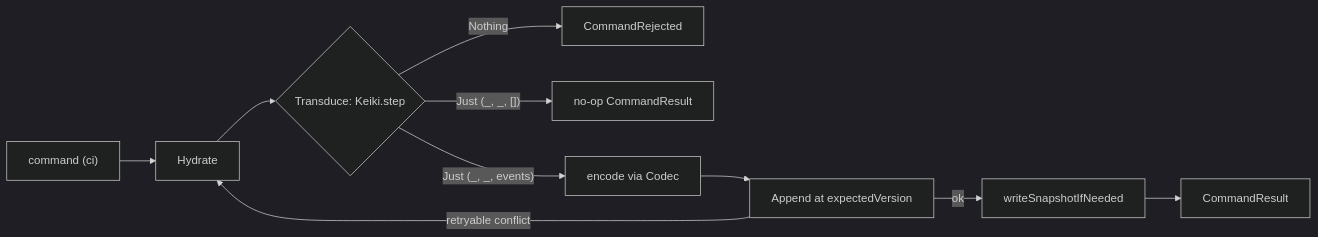
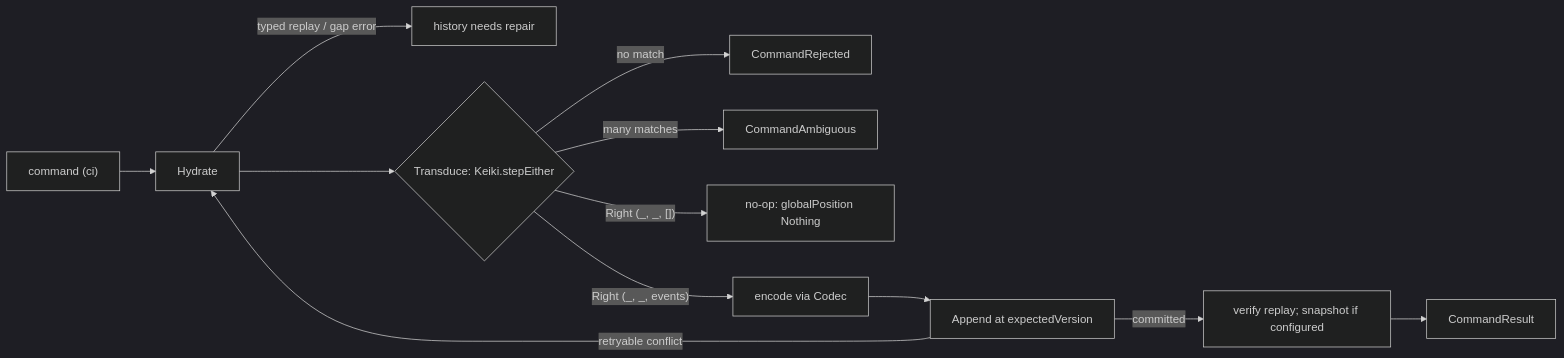
The diagram in content/docs/keiro/walkthrough/command-cycle/00-start-here.mdx (shinzui/keiro-runtime-docs), drawn with Mermaid (dark theme) before and after one commit. The commit also changed other lines of this file and 19 other files, not shown here.

First line of the commit message:
docs(keiro): document command replay integrity

````diff
--- a/content/docs/keiro/walkthrough/command-cycle/00-start-here.mdx
+++ b/content/docs/keiro/walkthrough/command-cycle/00-start-here.mdx
@@ -18,12 +18,14 @@
 ```mermaid
 flowchart LR
   Cmd["command (ci)"] --> H["Hydrate"]
-  H --> D{"Transduce: Keiki.step"}
-  D -- "Nothing" --> Rej["CommandRejected"]
-  D -- "Just (_, _, [])" --> NoOp["no-op CommandResult"]
-  D -- "Just (_, _, events)" --> Enc["encode via Codec"]
+  H -- "typed replay / gap error" --> HydErr["history needs repair"]
+  H --> D{"Transduce: Keiki.stepEither"}
+  D -- "no match" --> Rej["CommandRejected"]
+  D -- "many matches" --> Amb["CommandAmbiguous"]
+  D -- "Right (_, _, [])" --> NoOp["no-op: globalPosition Nothing"]
+  D -- "Right (_, _, events)" --> Enc["encode via Codec"]
   Enc --> A["Append at expectedVersion"]
   A -- "retryable conflict" --> H
-  A -- "ok" --> Snap["writeSnapshotIfNeeded"]
-  Snap --> Res["CommandResult"]
+  A -- "committed" --> Verify["verify replay; snapshot if configured"]
+  Verify --> Res["CommandResult"]
 ```
````
